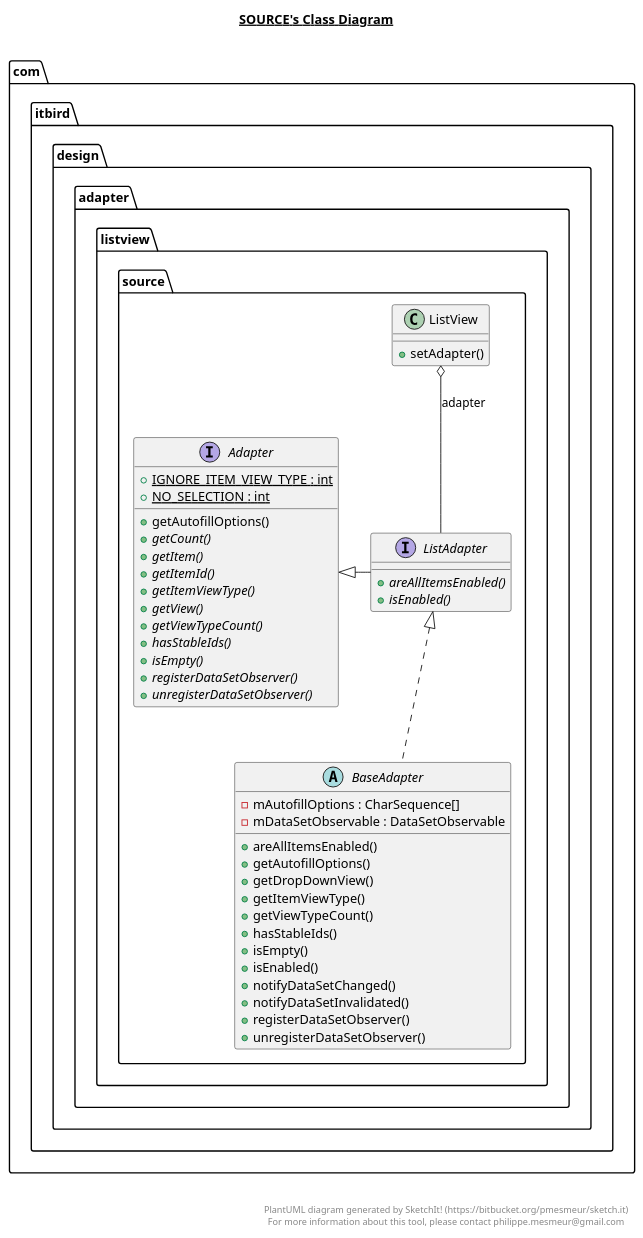
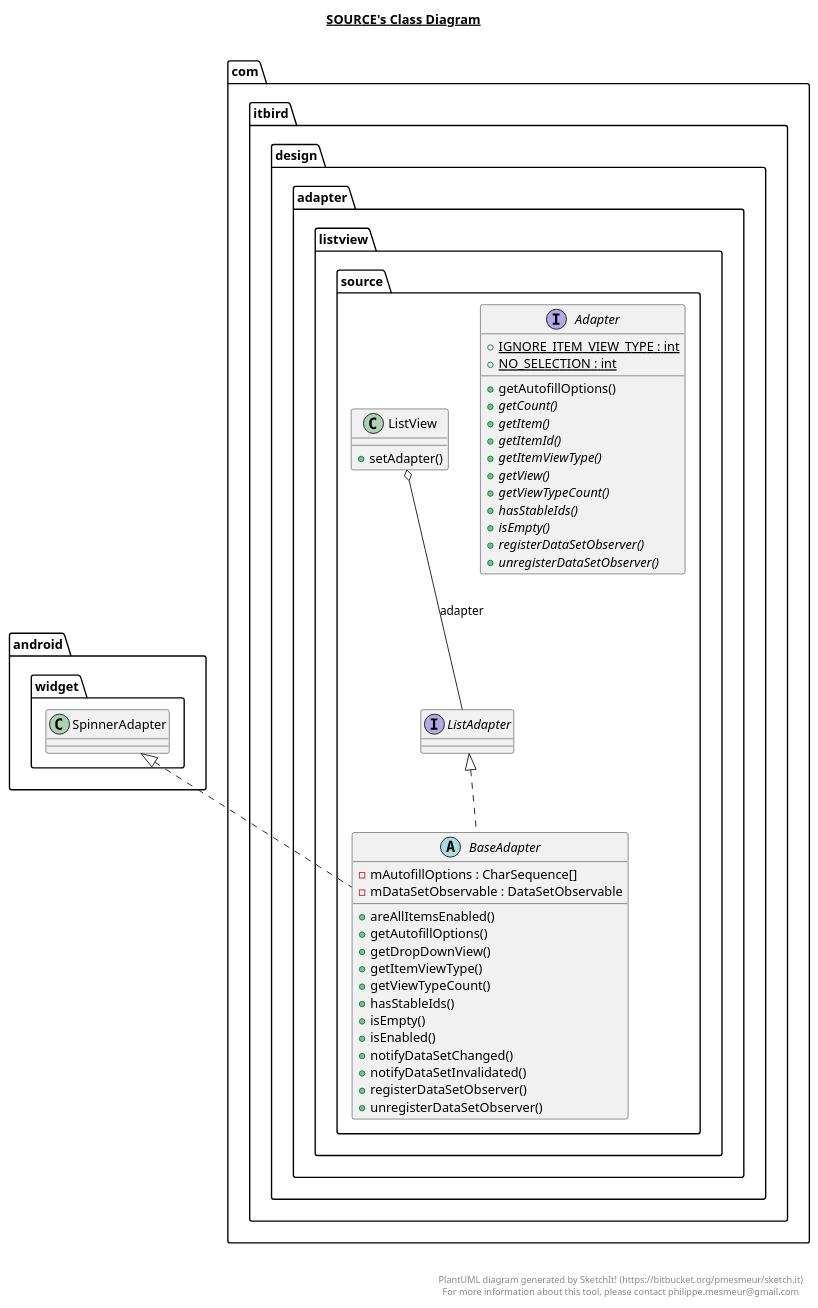
Before and after one commit to xfkang/DesignPatternPractice: the diagram in app/src/main/java/com/itbird/design/adapter/listview/source/source.plantuml, drawn with PlantUML. The commit also changed 28 other files, not shown here.

```diff
--- a/app/src/main/java/com/itbird/design/adapter/listview/source/source.plantuml
+++ b/app/src/main/java/com/itbird/design/adapter/listview/source/source.plantuml
@@ -1,86 +1,85 @@
 @startuml
 
 title __SOURCE's Class Diagram__\n
 
   namespace com.itbird.design {
     namespace adapter {
       namespace listview.source {
         interface com.itbird.design.adapter.listview.source.Adapter {
             {static} + IGNORE_ITEM_VIEW_TYPE : int
             {static} + NO_SELECTION : int
             + getAutofillOptions()
             {abstract} + getCount()
             {abstract} + getItem()
             {abstract} + getItemId()
             {abstract} + getItemViewType()
             {abstract} + getView()
             {abstract} + getViewTypeCount()
             {abstract} + hasStableIds()
             {abstract} + isEmpty()
             {abstract} + registerDataSetObserver()
             {abstract} + unregisterDataSetObserver()
         }
       }
     }
   }
   
 
   namespace com.itbird.design {
     namespace adapter {
       namespace listview.source {
         abstract class com.itbird.design.adapter.listview.source.BaseAdapter {
             - mAutofillOptions : CharSequence[]
             - mDataSetObservable : DataSetObservable
             + areAllItemsEnabled()
             + getAutofillOptions()
             + getDropDownView()
             + getItemViewType()
             + getViewTypeCount()
             + hasStableIds()
             + isEmpty()
             + isEnabled()
             + notifyDataSetChanged()
             + notifyDataSetInvalidated()
             + registerDataSetObserver()
             + unregisterDataSetObserver()
         }
       }
     }
   }
   
 
   namespace com.itbird.design {
     namespace adapter {
       namespace listview.source {
         interface com.itbird.design.adapter.listview.source.ListAdapter {
-            {abstract} + areAllItemsEnabled()
-            {abstract} + isEnabled()
         }
       }
     }
   }
   
 
   namespace com.itbird.design {
     namespace adapter {
       namespace listview.source {
         class com.itbird.design.adapter.listview.source.ListView {
             + setAdapter()
         }
       }
     }
   }
   
-  com.itbird.design.adapter.listview.source.ListAdapter -up|>  com.itbird.design.adapter.listview.source.Adapter
+
+  com.itbird.design.adapter.listview.source.BaseAdapter .up.|> android.widget.SpinnerAdapter
   com.itbird.design.adapter.listview.source.BaseAdapter .up.|> com.itbird.design.adapter.listview.source.ListAdapter
   com.itbird.design.adapter.listview.source.ListView o-- com.itbird.design.adapter.listview.source.ListAdapter : adapter
 
 
 right footer
 
 
 PlantUML diagram generated by SketchIt! (https://bitbucket.org/pmesmeur/sketch.it)
 For more information about this tool, please contact philippe.mesmeur@gmail.com
 endfooter
 
 @enduml
```
